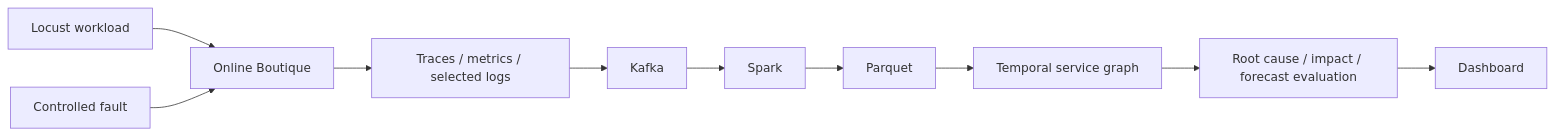
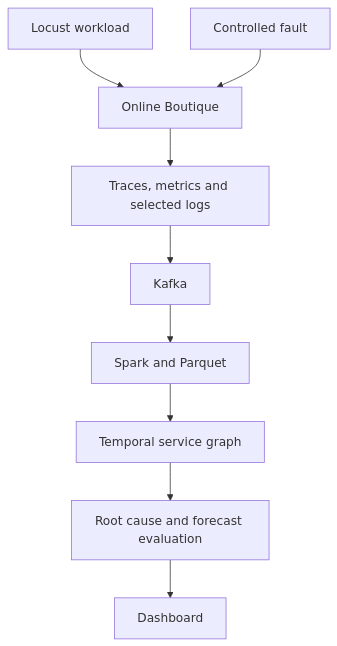
The diagram in README.md (maitreya-v/cloud-chaos-twin), drawn with Mermaid before and after one commit. The commit also changed other lines of this file, not shown here.

````diff
--- a/README.md
+++ b/README.md
@@ -68,12 +55,11 @@
 ```mermaid
-flowchart LR
+flowchart TD
   W[Locust workload] --> A[Online Boutique]
   F[Controlled fault] --> A
-  A --> O[Traces / metrics / selected logs]
+  A --> O[Traces, metrics and selected logs]
   O --> K[Kafka]
-  K --> S[Spark]
-  S --> P[Parquet]
-  P --> G[Temporal service graph]
-  G --> E[Root cause / impact / forecast evaluation]
+  K --> S[Spark and Parquet]
+  S --> G[Temporal service graph]
+  G --> E[Root cause and forecast evaluation]
   E --> D[Dashboard]
 ```
````
